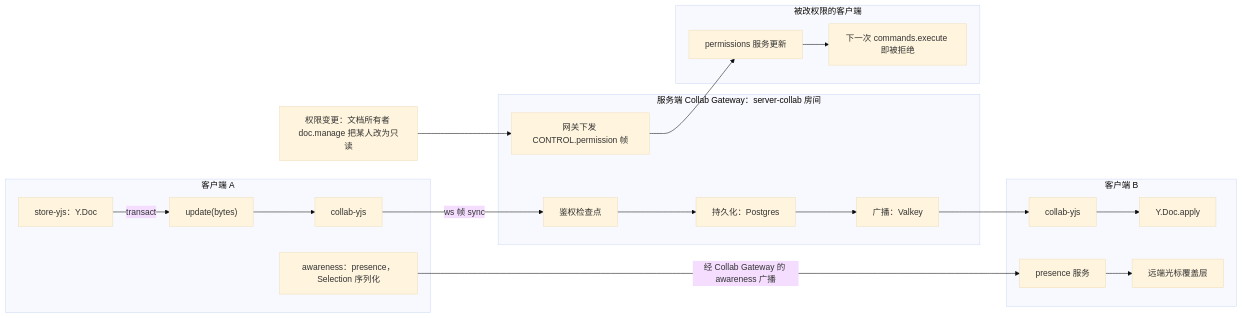
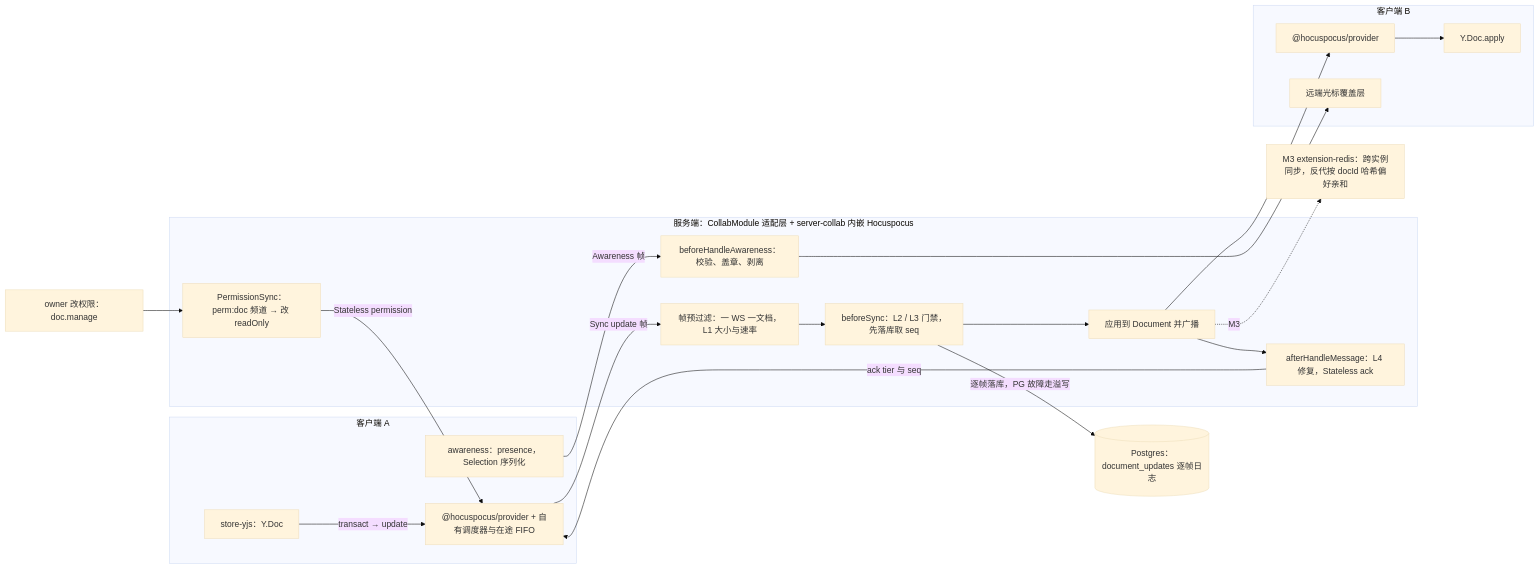
One commit to Xeonice/cordis-ppt-editor changed diagram 13 of 18 in docs/30-architecture/01-overview.md. Above: the diagram before and after it, drawn with Mermaid (base theme). The commit also changed other lines of this file and 78 other files, not shown here.

````diff
--- a/docs/30-architecture/01-overview.md
+++ b/docs/30-architecture/01-overview.md
@@ -266,31 +555,32 @@
 ```mermaid
 flowchart LR
   subgraph clientA["客户端 A"]
     aDoc["store-yjs：Y.Doc"]
-    aUpdate["update#40;bytes#41;"]
-    aCollab["collab-yjs"]
+    aProv["@hocuspocus/provider + 自有调度器与在途 FIFO"]
     aAware["awareness：presence，Selection 序列化"]
   end
-  subgraph gw["服务端 Collab Gateway：server-collab 房间"]
-    gAuth["鉴权检查点"]
-    gPersist["持久化：Postgres"]
-    gBroadcast["广播：Valkey"]
-    gPerm["网关下发 CONTROL.permission 帧"]
+  subgraph gw["服务端：CollabModule 适配层 + server-collab 内嵌 Hocuspocus"]
+    gPre["帧预过滤：一 WS 一文档，L1 大小与速率"]
+    gSync["beforeSync：L2 / L3 门禁，先落库取 seq"]
+    gApply["应用到 Document 并广播"]
+    gAck["afterHandleMessage：L4 修复，Stateless ack"]
+    gAware["beforeHandleAwareness：校验、盖章、剥离"]
+    gPerm["PermissionSync：perm:doc 频道 → 改 readOnly"]
   end
   subgraph clientB["客户端 B"]
-    bCollab["collab-yjs"]
+    bProv["@hocuspocus/provider"]
     bApply["Y.Doc.apply"]
-    bPresence["presence 服务"]
     bCursor["远端光标覆盖层"]
   end
-  subgraph permClient["被改权限的客户端"]
-    permSvc["permissions 服务更新"]
-    reject["下一次 commands.execute 即被拒绝"]
-  end
-  admin["权限变更：文档所有者 doc.manage 把某人改为只读"]
-  aDoc -- "transact" --> aUpdate --> aCollab
-  aCollab -- "ws 帧 sync" --> gAuth --> gPersist --> gBroadcast
-  gBroadcast --> bCollab --> bApply
-  aAware -- "经 Collab Gateway 的 awareness 广播" --> bPresence --> bCursor
-  admin --> gPerm --> permSvc --> reject
+  pg[("Postgres：document_updates 逐帧日志")]
+  redis["M3 extension-redis：跨实例同步，反代按 docId 哈希偏好亲和"]
+  admin["owner 改权限：doc.manage"]
+  aDoc -- "transact → update" --> aProv
+  aProv -- "Sync update 帧" --> gPre --> gSync --> gApply
+  gSync -- "逐帧落库，PG 故障走溢写" --> pg
+  gApply --> bProv --> bApply
+  gApply --> gAck -- "ack tier 与 seq" --> aProv
+  aAware -- "Awareness 帧" --> gAware --> bCursor
+  gApply -. "M3" .-> redis
+  admin --> gPerm -- "Stateless permission" --> aProv
 ```
````
